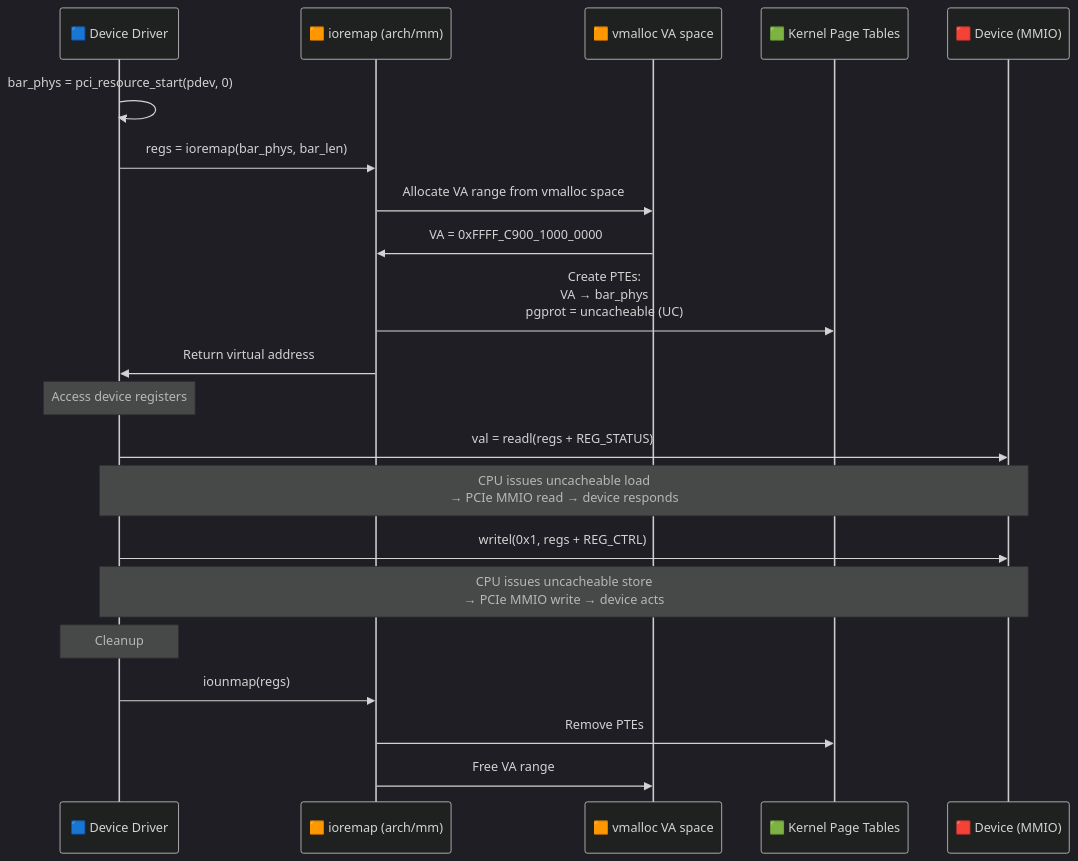
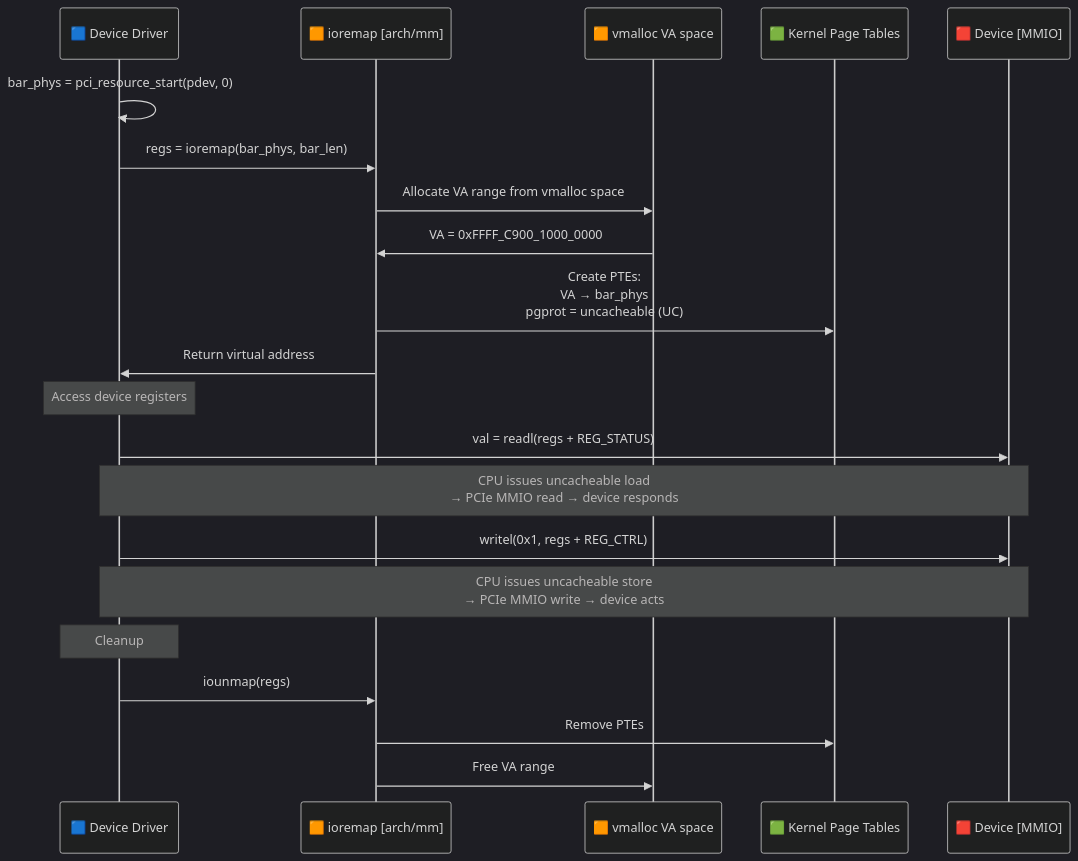
The second of 2 diagrams in MemoryManagement/04_Memory_Mapping_mmap_ioremap.md (nilprajapati97/Linux), drawn with Mermaid (dark theme) before and after one commit. The commit also changed 68 other files, not shown here.

````diff
--- a/MemoryManagement/04_Memory_Mapping_mmap_ioremap.md
+++ b/MemoryManagement/04_Memory_Mapping_mmap_ioremap.md
@@ -628,29 +628,29 @@
 ```mermaid
 sequenceDiagram
     participant DRV as 🟦 Device Driver
-    participant IOREMAP as 🟧 ioremap (arch/mm)
+    participant IOREMAP as 🟧 ioremap [arch/mm]
     participant VMALLOC as 🟧 vmalloc VA space
     participant PT as 🟩 Kernel Page Tables
-    participant DEV as 🟥 Device (MMIO)
+    participant DEV as 🟥 Device [MMIO]
 
     DRV->>DRV: bar_phys = pci_resource_start(pdev, 0)
     DRV->>IOREMAP: regs = ioremap(bar_phys, bar_len)
 
     IOREMAP->>VMALLOC: Allocate VA range from vmalloc space
     VMALLOC->>IOREMAP: VA = 0xFFFF_C900_1000_0000
 
     IOREMAP->>PT: Create PTEs:<br/>VA → bar_phys<br/>pgprot = uncacheable (UC)
     IOREMAP->>DRV: Return virtual address
 
     Note over DRV: Access device registers
     DRV->>DEV: val = readl(regs + REG_STATUS)
     Note over DRV,DEV: CPU issues uncacheable load<br/>→ PCIe MMIO read → device responds
 
     DRV->>DEV: writel(0x1, regs + REG_CTRL)
     Note over DRV,DEV: CPU issues uncacheable store<br/>→ PCIe MMIO write → device acts
 
     Note over DRV: Cleanup
     DRV->>IOREMAP: iounmap(regs)
     IOREMAP->>PT: Remove PTEs
     IOREMAP->>VMALLOC: Free VA range
 ```
````
